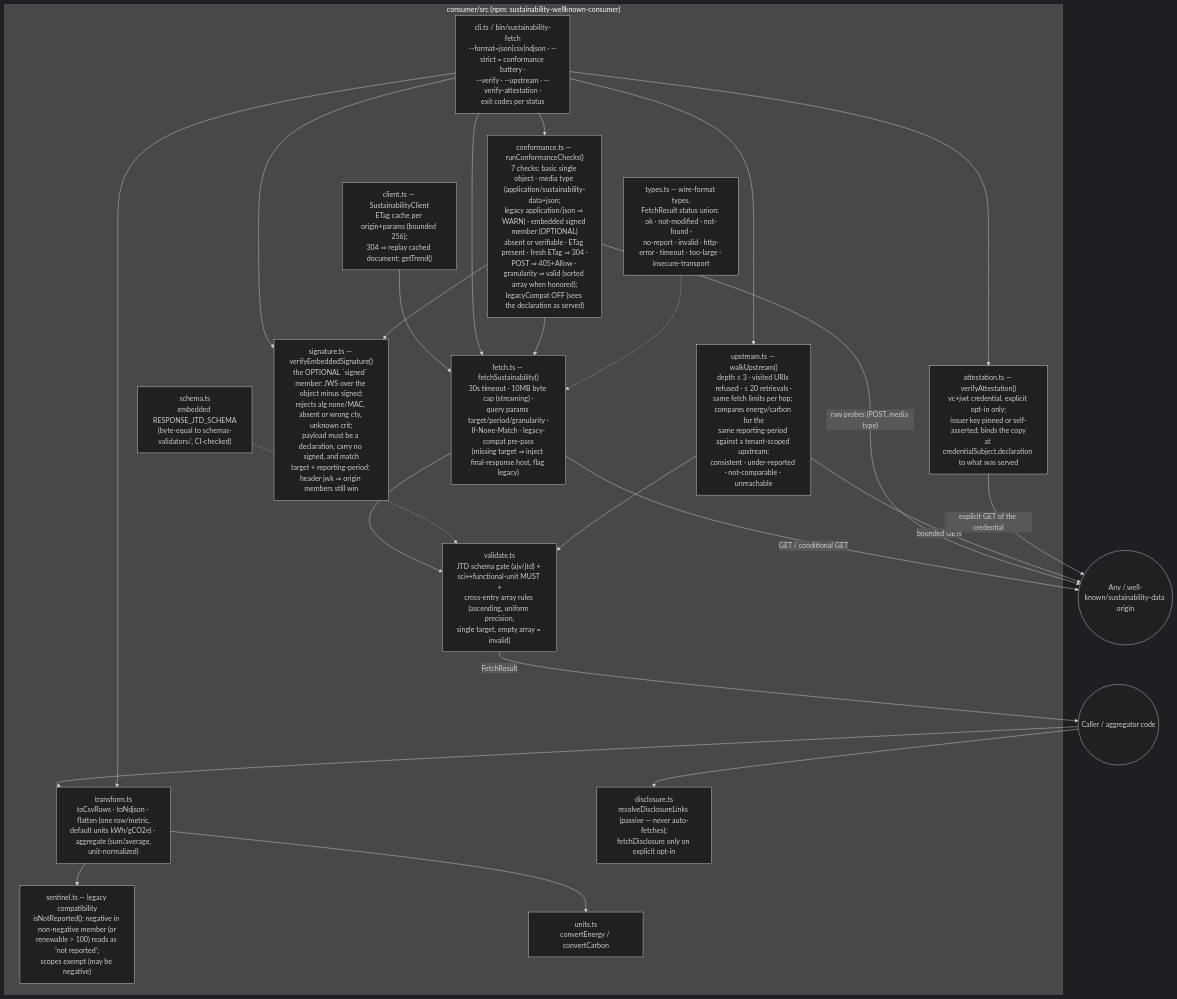
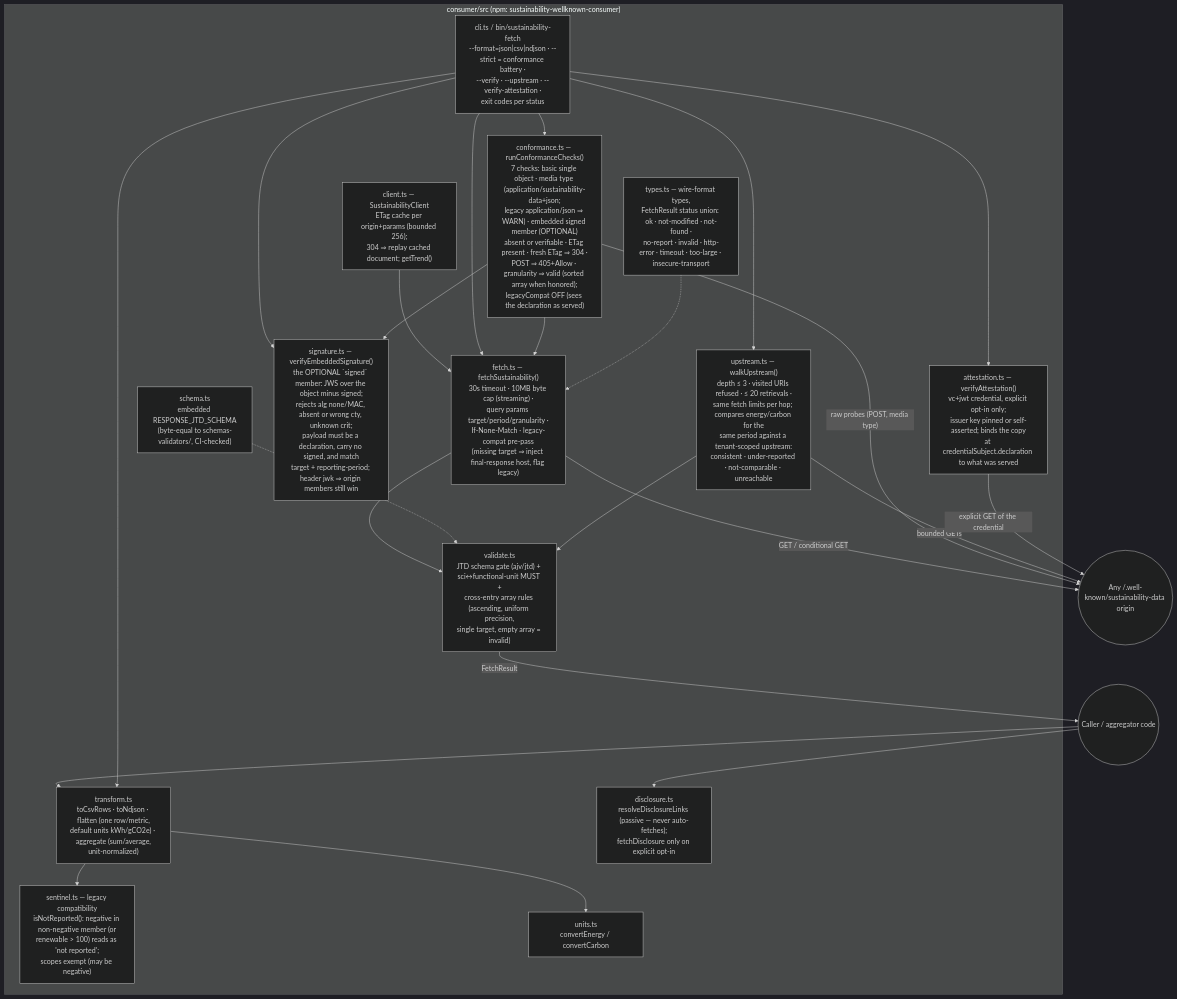
Before and after one commit to andreibesleaga/rfc-sustainability-wellknown: the diagram in architecture/diagrams/c4-component-consumer.mmd, drawn with Mermaid (dark theme). The commit also changed 305 other files, not shown here.

```diff
--- a/architecture/diagrams/c4-component-consumer.mmd
+++ b/architecture/diagrams/c4-component-consumer.mmd
@@ -1,46 +1,46 @@
 flowchart TB
     %% C4 Level 3 - Component diagram of consumer/src (flowchart rendering of C4 component semantics)
 
     ORIGIN(("Any /.well-known/sustainability-data origin"))
 
     subgraph CONS["consumer/src (npm: sustainability-wellknown-consumer)"]
         FETCH["fetch.ts — fetchSustainability()<br/>30s timeout · 10MB byte cap (streaming) ·<br/>query params target/period/granularity ·<br/>If-None-Match · legacy-compat pre-pass<br/>(missing target ⇒ inject final-response host, flag legacy)"]
         VAL2["validate.ts<br/>JTD schema gate (ajv/jtd) + sci↔functional-unit MUST +<br/>cross-entry array rules (ascending, uniform precision,<br/>single target, empty array = invalid)"]
         SCH2["schema.ts<br/>embedded RESPONSE_JTD_SCHEMA<br/>(byte-equal to schemas-validators/, CI-checked)"]
         SENT["sentinel.ts — legacy compatibility<br/>isNotReported(): negative in non-negative member (or<br/>renewable > 100) reads as 'not reported';<br/>scopes exempt (may be negative)"]
         UNITS["units.ts<br/>convertEnergy / convertCarbon"]
         TRANS["transform.ts<br/>toCsvRows · toNdjson · flatten (one row/metric,<br/>default units kWh/gCO2e) · aggregate (sum/average,<br/>unit-normalized)"]
         CLIENT2["client.ts — SustainabilityClient<br/>ETag cache per origin+params (bounded 256);<br/>304 ⇒ replay cached document; getTrend()"]
         CONF["conformance.ts — runConformanceChecks()<br/>7 checks: basic single object · media type (application/sustainability-data+json;<br/>legacy application/json ⇒ WARN) · embedded signed member (OPTIONAL)<br/>absent or verifiable · ETag present · fresh ETag ⇒ 304 ·<br/>POST ⇒ 405+Allow · granularity ⇒ valid (sorted array when honored);<br/>legacyCompat OFF (sees the declaration as served)"]
         DISC["disclosure.ts<br/>resolveDisclosureLinks (passive — never auto-fetches);<br/>fetchDisclosure only on explicit opt-in"]
         SIG["signature.ts — verifyEmbeddedSignature()<br/>the OPTIONAL `signed` member: JWS over the object minus signed;<br/>rejects alg none/MAC, absent or wrong cty, unknown crit;<br/>payload must be a declaration, carry no signed, and match<br/>target + reporting-period; header jwk ⇒ origin members still win"]
-        UPS["upstream.ts — walkUpstream()<br/>depth ≤ 3 · visited URIs refused · ≤ 20 retrievals ·<br/>same fetch limits per hop; compares energy/carbon for the<br/>same reporting-period against a tenant-scoped upstream:<br/>consistent · under-reported · not-comparable · unreachable"]
+        UPS["upstream.ts — walkUpstream()<br/>depth ≤ 3 · visited URIs refused · ≤ 20 retrievals ·<br/>same fetch limits per hop; compares energy/carbon for the<br/>same period against a tenant-scoped upstream:<br/>consistent · under-reported · not-comparable · unreachable"]
         ATT["attestation.ts — verifyAttestation()<br/>vc+jwt credential, explicit opt-in only;<br/>issuer key pinned or self-asserted; binds the copy<br/>at credentialSubject.declaration to what was served"]
         CLI3["cli.ts / bin/sustainability-fetch<br/>--format=json|csv|ndjson · --strict = conformance battery ·<br/>--verify · --upstream · --verify-attestation ·<br/>exit codes per status"]
         TYPES["types.ts — wire-format types,<br/>FetchResult status union: ok · not-modified · not-found ·<br/>no-report · invalid · http-error · timeout · too-large · insecure-transport"]
     end
 
     APP(("Caller / aggregator code"))
 
     FETCH -- "GET / conditional GET" --> ORIGIN
     CONF -- "raw probes (POST, media type)" --> ORIGIN
     FETCH --> VAL2
     SCH2 -.-> VAL2
     VAL2 -- "FetchResult" --> APP
     CLIENT2 --> FETCH
     CLI3 --> FETCH
     CLI3 --> CONF
     CLI3 --> SIG
     CLI3 --> UPS
     CLI3 --> ATT
     CONF --> FETCH
     CONF --> SIG
     UPS -- "bounded GETs" --> ORIGIN
     ATT -- "explicit GET of the credential" --> ORIGIN
     UPS --> VAL2
     APP --> TRANS
     TRANS --> SENT
     TRANS --> UNITS
     APP --> DISC
     TYPES -.-> FETCH
     CLI3 --> TRANS
```
